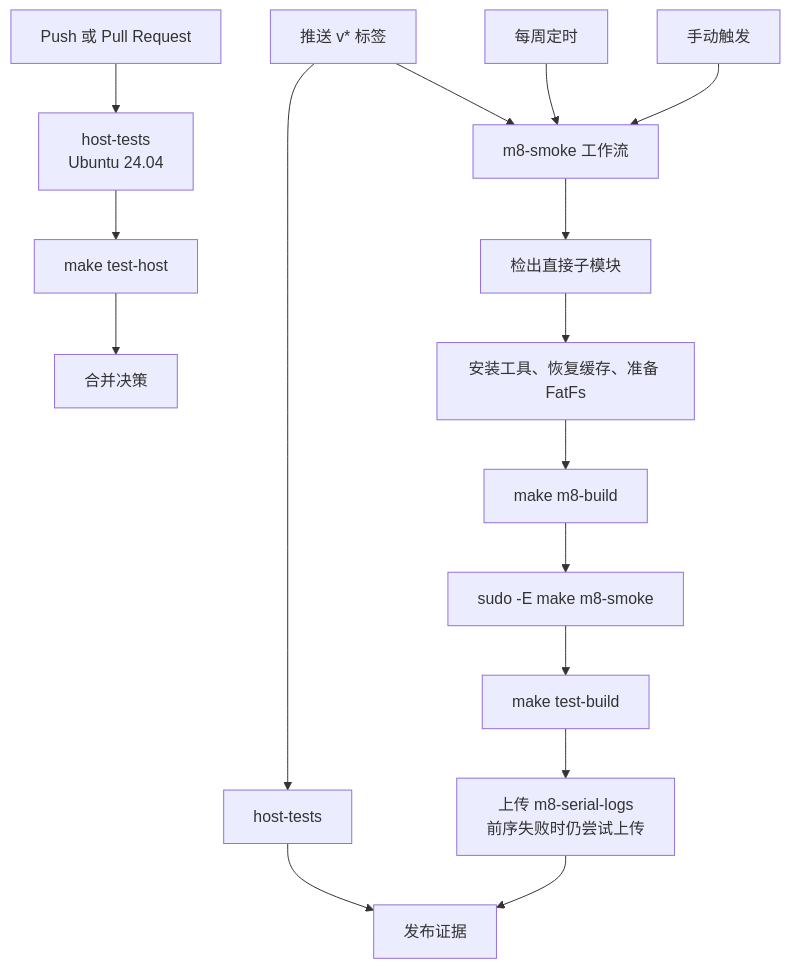
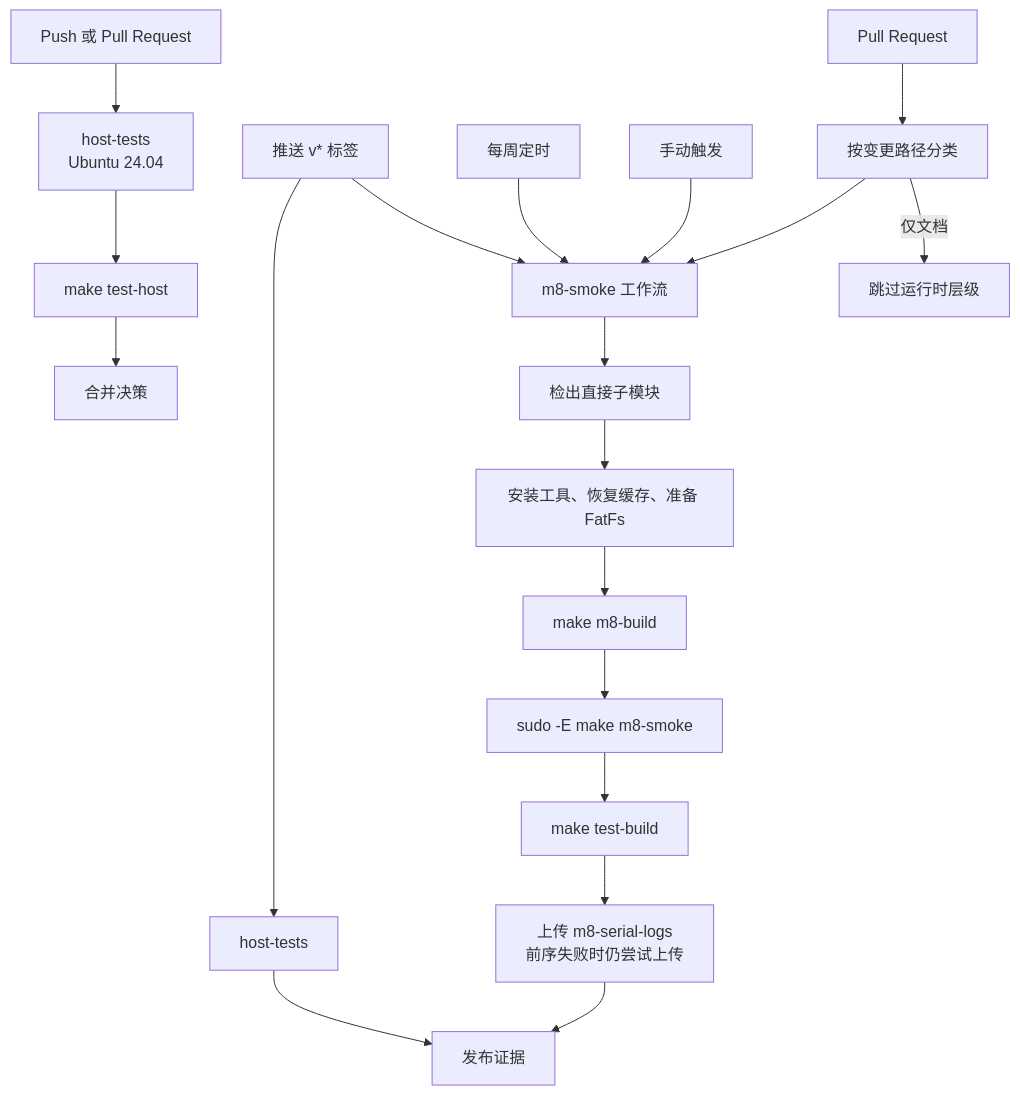
One commit to Quchaosheng/quard-star-riscv64-net changed the sixth of 7 diagrams in README.zh-CN.md. Above: the diagram before and after it, drawn with Mermaid. The commit also changed other lines of this file and 10 other files, not shown here.

````diff
--- a/README.zh-CN.md
+++ b/README.zh-CN.md
@@ -271,21 +271,24 @@
 ```mermaid
 flowchart TD
     CHANGE["Push 或 Pull Request"] --> HOST["host-tests<br/>Ubuntu 24.04"]
     HOST --> UNIT["make test-host"]
 
     TAG["推送 v* 标签"] --> TAGHOST["host-tests"]
     TAG --> M8["m8-smoke 工作流"]
     WEEKLY["每周定时"] --> M8
     MANUAL["手动触发"] --> M8
+    PR["Pull Request"] --> PATHS["按变更路径分类"]
+    PATHS --> M8
+    PATHS -->|"仅文档"| SKIP["跳过运行时层级"]
 
     M8 --> CHECKOUT["检出直接子模块"]
     CHECKOUT --> DEPS["安装工具、恢复缓存、准备 FatFs"]
     DEPS --> BUILD["make m8-build"]
     BUILD --> SMOKE["sudo -E make m8-smoke"]
     SMOKE --> CONTRACTS["make test-build"]
     CONTRACTS --> ARTIFACT["上传 m8-serial-logs<br/>前序失败时仍尝试上传"]
 
     UNIT --> REVIEW["合并决策"]
     TAGHOST --> RELEASE["发布证据"]
     ARTIFACT --> RELEASE
 ```
````
